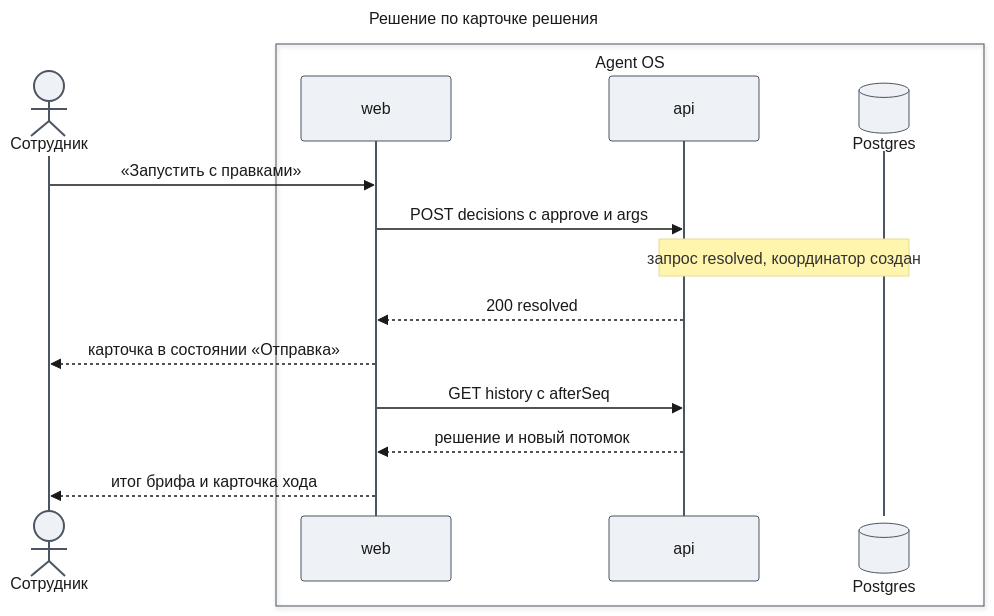
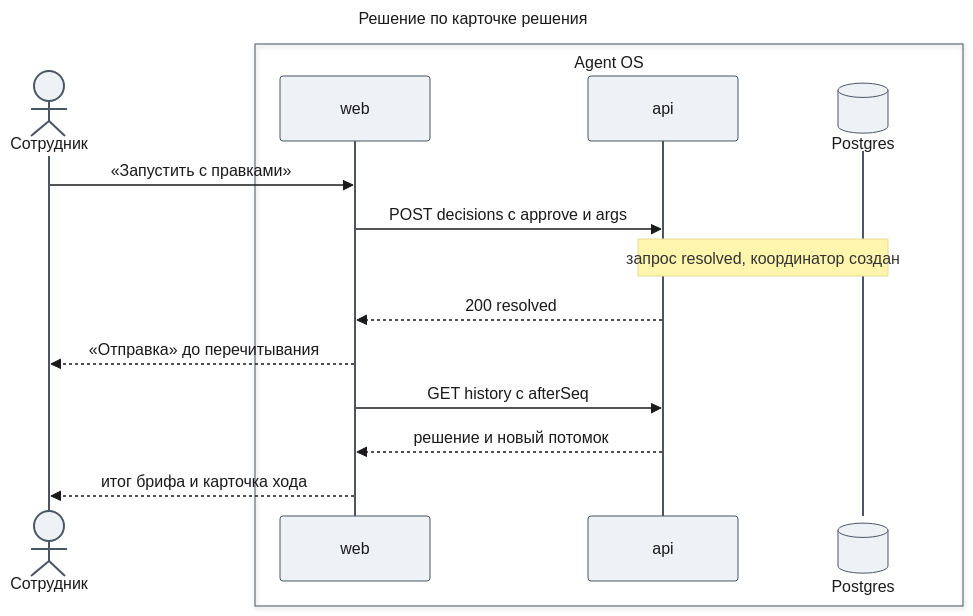
The third of 5 diagrams in docs/features/agent-platform/design-web.md (tundraray/agent-os), drawn with Mermaid before and after one commit. The commit also changed other lines of this file and 1 other file, not shown here.

````diff
--- a/docs/features/agent-platform/design-web.md
+++ b/docs/features/agent-platform/design-web.md
@@ -292,38 +292,38 @@
 ```mermaid
 ---
 title: "Решение по карточке решения"
 config:
   theme: base
   look: classic
   themeVariables:
     primaryColor: "#eef1f5"
     primaryBorderColor: "#4b5563"
     primaryTextColor: "#1a1a1a"
     lineColor: "#6b7280"
   themeCSS: |
     @keyframes lit_s2{0%,12.86%{stroke:#991b1b;stroke-width:6px}14.29%,100%{stroke:#37474f;stroke-width:2px}}
     @keyframes litr_s2{0%,12.86%{stroke:#1d4ed8;stroke-width:6px}14.29%,100%{stroke:#37474f;stroke-width:2px}}
     .messageLine0[data-id='i0'],.messageLine1[data-id='i0']{animation:lit_s2 8.4s linear 0s infinite}
     .messageLine0[data-id='i1'],.messageLine1[data-id='i1']{animation:lit_s2 8.4s linear 1.2s infinite}
     .messageLine0[data-id='i3'],.messageLine1[data-id='i3']{animation:litr_s2 8.4s linear 2.4s infinite}
     .messageLine0[data-id='i4'],.messageLine1[data-id='i4']{animation:litr_s2 8.4s linear 3.6s infinite}
     .messageLine0[data-id='i5'],.messageLine1[data-id='i5']{animation:litr_s2 8.4s linear 4.8s infinite}
     .messageLine0[data-id='i6'],.messageLine1[data-id='i6']{animation:litr_s2 8.4s linear 6s infinite}
     .messageLine0[data-id='i7'],.messageLine1[data-id='i7']{animation:litr_s2 8.4s linear 7.2s infinite}
 ---
 sequenceDiagram
     actor U as Сотрудник
     box Agent OS
         participant W as web
         participant A as api
         participant DB@{ "type": "database" } as Postgres
     end
     U->>W: «Запустить с правками»
     W->>A: POST decisions с approve и args
     Note over A,DB: запрос resolved, координатор создан
     A-->>W: 200 resolved
-    W-->>U: карточка в состоянии «Отправка»
+    W-->>U: «Отправка» до перечитывания
     W->>A: GET history с afterSeq
     A-->>W: решение и новый потомок
     W-->>U: итог брифа и карточка хода
 ```
````
